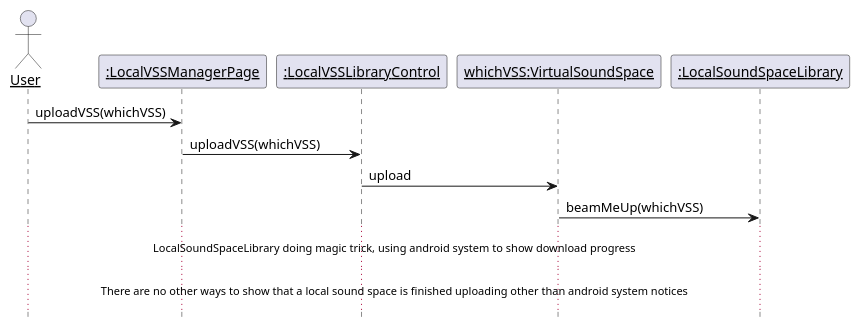
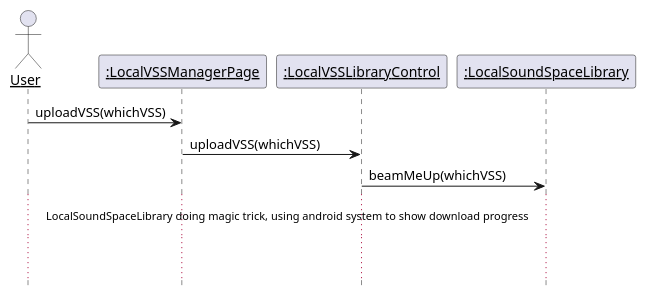
One commit to kpp19920121/doc changed the ninth of 21 diagrams in 需求定义和分析/SeqDiagram.md. Above: the diagram before and after it, drawn with PlantUML. The commit also changed other lines of this file and 22 other files, not shown here.

````diff
--- a/需求定义和分析/SeqDiagram.md
+++ b/需求定义和分析/SeqDiagram.md
@@ -415,20 +479,17 @@
 ```PlantUML
 @startuml UploadVSS
 hide footbox
 skinparam sequenceParticipant underline
 
 actor User as user
 participant ":LocalVSSManagerPage" as page
 participant ":LocalVSSLibraryControl" as control
-participant "whichVSS:VirtualSoundSpace" as vss
 participant ":LocalSoundSpaceLibrary" as library
 
 user -> page: uploadVSS(whichVSS)
 page -> control: uploadVSS(whichVSS)
-
-control -> vss: upload
-vss -> library: beamMeUp(whichVSS)
+control -> library: beamMeUp(whichVSS)
 ...LocalSoundSpaceLibrary doing magic trick, using android system to show download progress...
 ...There are no other ways to show that a local sound space is finished uploading other than android system notices...
 @enduml
 ```
````
